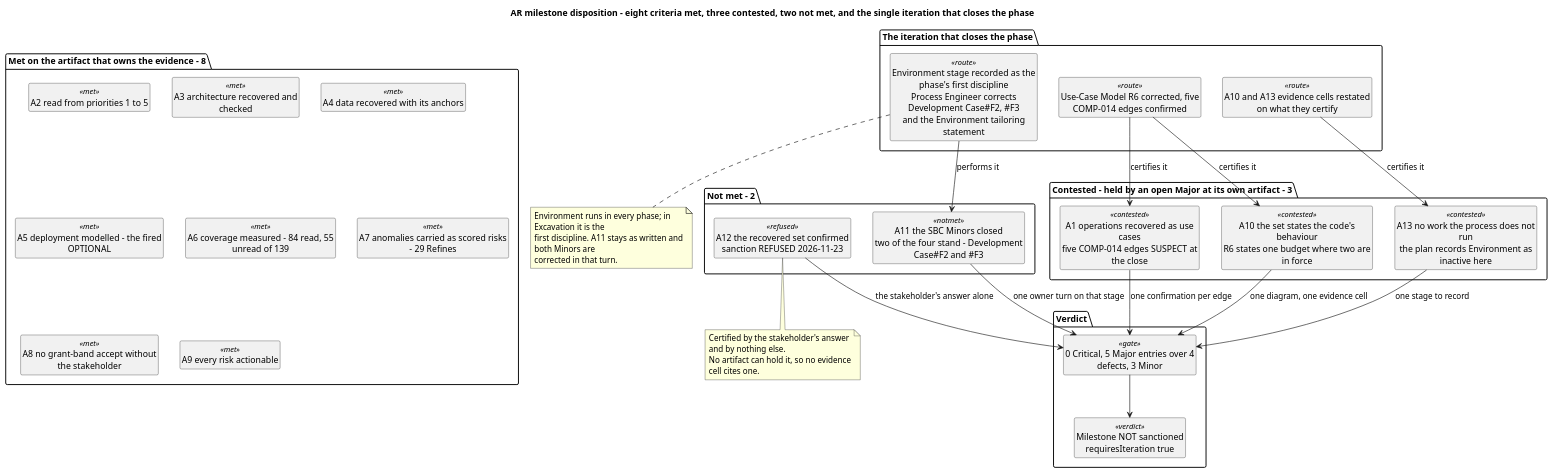
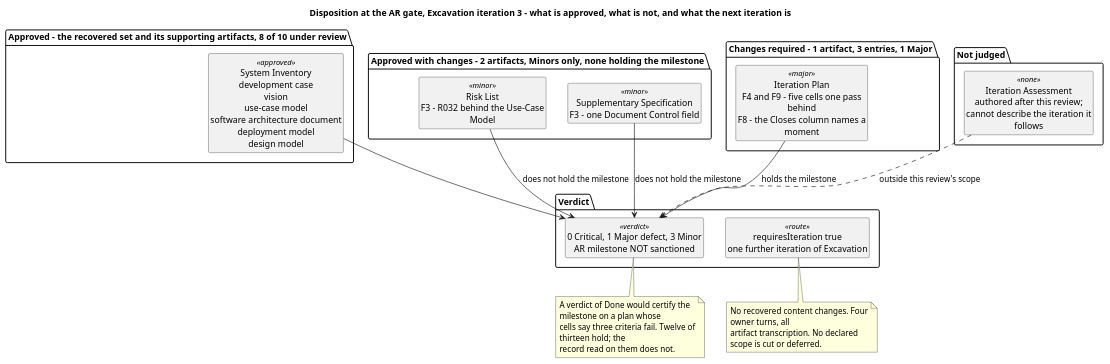
Diagram 11 of 11 in docs/artifacts/project-management/review-record.md (banense-test/TodoApp), drawn with PlantUML before and after one commit. The commit also changed other lines of this file, not shown here.

Commit message:
Review Coordinator [Excavation3]: upsert Review Record
[skip ci]

````diff
--- a/docs/artifacts/project-management/review-record.md
+++ b/docs/artifacts/project-management/review-record.md
@@ -1106,65 +1106,49 @@
 ```plantuml
 @startuml
-title AR milestone disposition - eight criteria met, three contested, two not met, and the single iteration that closes the phase
+title Disposition at the AR gate, Excavation iteration 3 - what is approved, what is not, and what the next iteration is
 
 skinparam shadowing false
 skinparam wrapWidth 240
 hide circle
 hide empty members
 
-package "Met on the artifact that owns the evidence - 8" {
-  class "A2 read from priorities 1 to 5" as A2 <<met>>
-  class "A3 architecture recovered and checked" as A3 <<met>>
-  class "A4 data recovered with its anchors" as A4 <<met>>
-  class "A5 deployment modelled - the fired OPTIONAL" as A5 <<met>>
-  class "A6 coverage measured - 84 read, 55 unread of 139" as A6 <<met>>
-  class "A7 anomalies carried as scored risks - 29 Refines" as A7 <<met>>
-  class "A8 no grant-band accept without the stakeholder" as A8 <<met>>
-  class "A9 every risk actionable" as A9 <<met>>
+package "Approved - the recovered set and its supporting artifacts, 8 of 10 under review" {
+  class "System Inventory\ndevelopment case\nvision\nuse-case model\nsoftware architecture document\ndeployment model\ndesign model" as AP <<approved>>
 }
 
-package "Contested - held by an open Major at its own artifact - 3" {
-  class "A1 operations recovered as use cases\nfive COMP-014 edges SUSPECT at the close" as A1 <<contested>>
-  class "A10 the set states the code's behaviour\nR6 states one budget where two are in force" as A10 <<contested>>
-  class "A13 no work the process does not run\nthe plan records Environment as inactive here" as A13 <<contested>>
+package "Approved with changes - 2 artifacts, Minors only, none holding the milestone" {
+  class "Risk List\nF3 - R032 behind the Use-Case Model" as AC1 <<minor>>
+  class "Supplementary Specification\nF3 - one Document Control field" as AC2 <<minor>>
 }
 
-package "Not met - 2" {
-  class "A11 the SBC Minors closed\ntwo of the four stand - Development Case#F2 and #F3" as A11 <<notmet>>
-  class "A12 the recovered set confirmed\nsanction REFUSED 2026-11-23" as A12 <<refused>>
+package "Changes required - 1 artifact, 3 entries, 1 Major" {
+  class "Iteration Plan\nF4 and F9 - five cells one pass behind\nF8 - the Closes column names a moment" as CR <<major>>
+}
+
+package "Not judged" {
+  class "Iteration Assessment\nauthored after this review;\ncannot describe the iteration it follows" as NJ <<none>>
 }
 
 package "Verdict" {
-  class "0 Critical, 5 Major entries over 4 defects, 3 Minor" as V <<gate>>
-  class "Milestone NOT sanctioned\nrequiresIteration true" as R <<verdict>>
+  class "0 Critical, 1 Major defect, 3 Minor\nAR milestone NOT sanctioned" as V <<verdict>>
+  class "requiresIteration true\none further iteration of Excavation" as R <<route>>
 }
 
-package "The iteration that closes the phase" {
-  class "Environment stage recorded as the phase's first discipline\nProcess Engineer corrects Development Case#F2, #F3\nand the Environment tailoring statement" as N <<route>>
-  class "Use-Case Model R6 corrected, five COMP-014 edges confirmed" as N2 <<route>>
-  class "A10 and A13 evidence cells restated on what they certify" as N3 <<route>>
-}
+AP --> V
+AC1 --> V : does not hold the milestone
+AC2 --> V : does not hold the milestone
+CR --> V : holds the milestone
+NJ ..> V : outside this review's scope
 
-A1 --> V : one confirmation per edge
-A10 --> V : one diagram, one evidence cell
-A13 --> V : one stage to record
-A11 --> V : one owner turn on that stage
-A12 --> V : the stakeholder's answer alone
-V --> R
-N --> A11 : performs it
-N2 --> A1 : certifies it
-N2 --> A10 : certifies it
-N3 --> A13 : certifies it
-
-note bottom of A12
-  Certified by the stakeholder's answer and by nothing else.
-  No artifact can hold it, so no evidence cell cites one.
+note bottom of V
+  A verdict of Done would certify the milestone on a plan whose
+  cells say three criteria fail. Twelve of thirteen hold; the
+  record read on them does not.
 end note
-note bottom of N
-  Environment runs in every phase; in Excavation it is the
-  first discipline. A11 stays as written and both Minors are
-  corrected in that turn.
+note bottom of R
+  No recovered content changes. Four owner turns, all
+  artifact transcription. No declared scope is cut or deferred.
 end note
 
 @enduml
 ```
````
